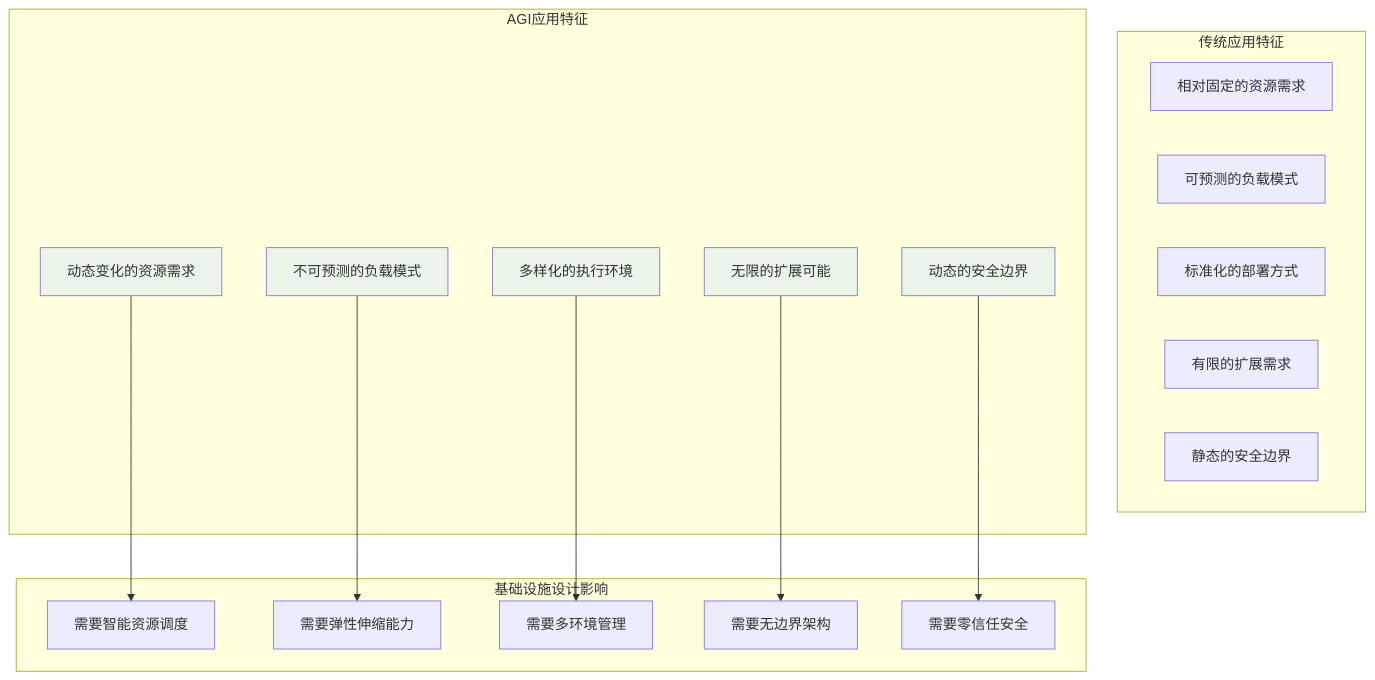
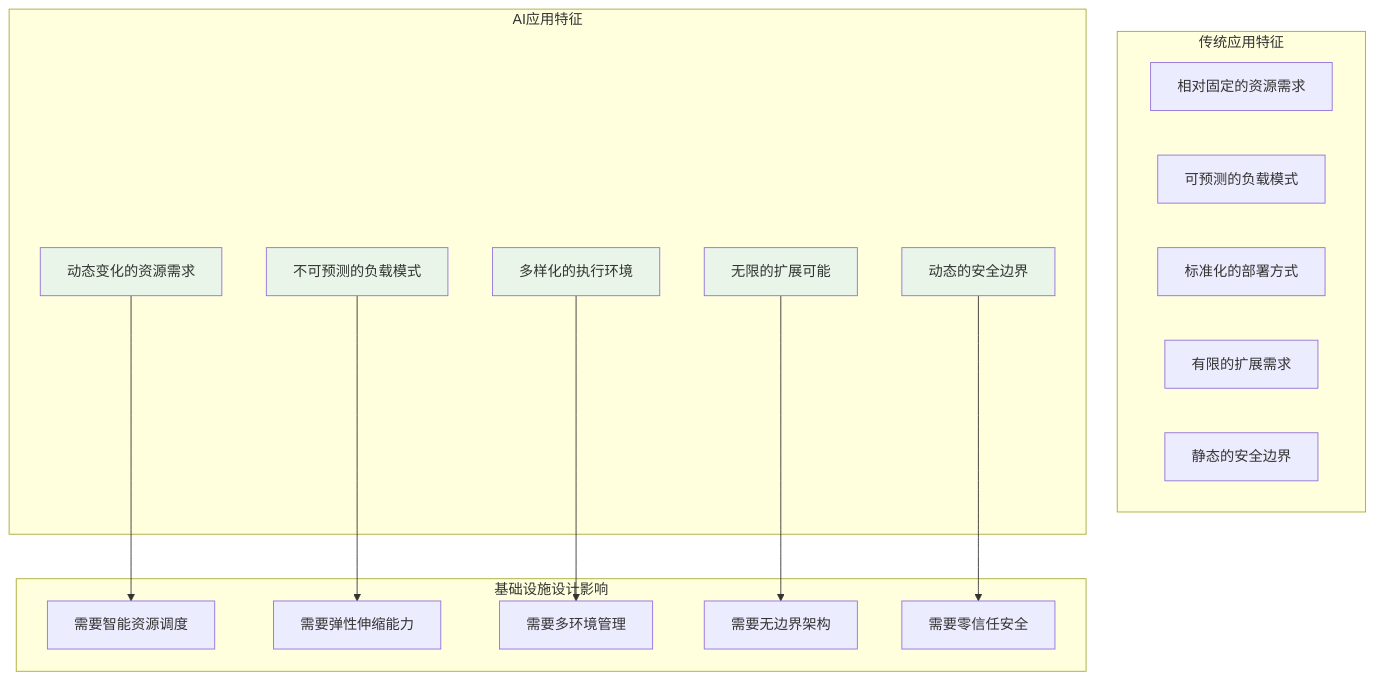
One commit to youyoude/agi-app-dev-guide-book changed the first of 4 diagrams in 第四部分_智能大脑工程学/4.4_智能环境层/4.4.1_智能环境层的理论基础与设计原则.md. Above: the diagram before and after it, drawn with Mermaid. The commit also changed other lines of this file and 27 other files, not shown here.

````diff
--- a/第四部分_智能大脑工程学/4.4_智能环境层/4.4.1_智能环境层的理论基础与设计原则.md
+++ b/第四部分_智能大脑工程学/4.4_智能环境层/4.4.1_智能环境层的理论基础与设计原则.md
@@ -19,38 +19,38 @@
 ```mermaid
 graph TB
     subgraph "传统应用特征"
         T1[相对固定的资源需求]
         T2[可预测的负载模式]
         T3[标准化的部署方式]
         T4[有限的扩展需求]
         T5[静态的安全边界]
     end
     
-    subgraph "AGI应用特征"
+    subgraph "AI应用特征"
         A1[动态变化的资源需求]
         A2[不可预测的负载模式]
         A3[多样化的执行环境]
         A4[无限的扩展可能]
         A5[动态的安全边界]
     end
     
     subgraph "基础设施设计影响"
         I1[需要智能资源调度]
         I2[需要弹性伸缩能力]
         I3[需要多环境管理]
         I4[需要无边界架构]
         I5[需要零信任安全]
     end
     
     A1 --> I1
     A2 --> I2
     A3 --> I3
     A4 --> I4
     A5 --> I5
     
     style A1 fill:#e8f5e8
     style A2 fill:#e8f5e8
     style A3 fill:#e8f5e8
     style A4 fill:#e8f5e8
     style A5 fill:#e8f5e8
 ```
````
